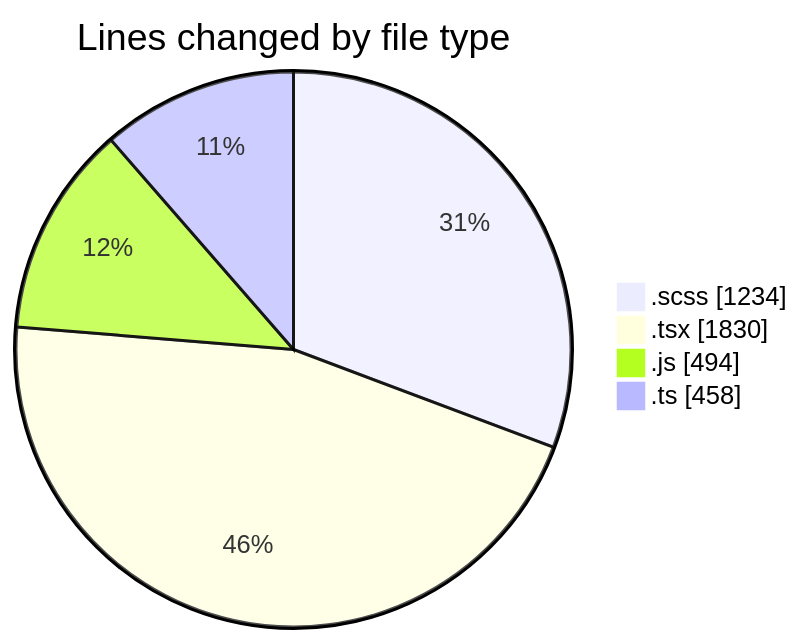
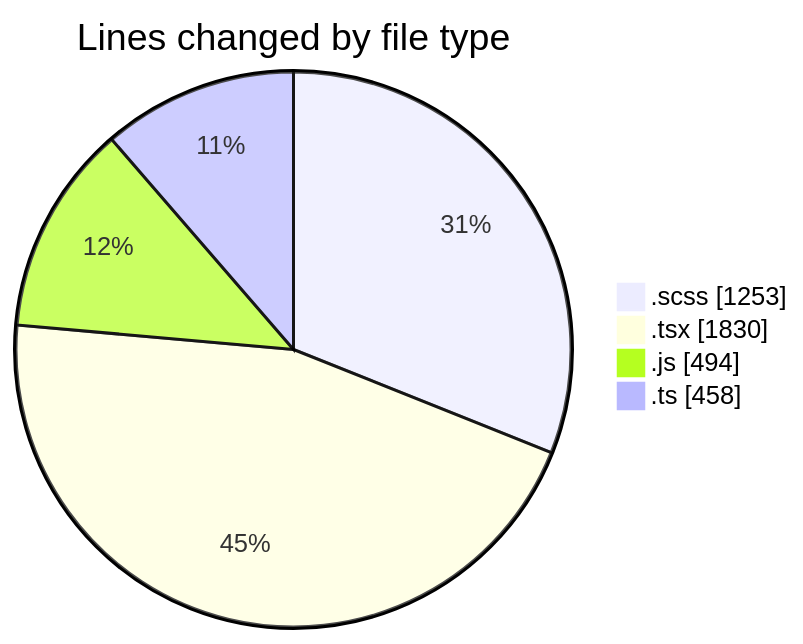
One commit to momahboobian/code-tracking changed the first of 2 diagrams in 2025-03-14/cda/README.md. Above: the diagram before and after it, drawn with Mermaid. The commit also changed other lines of this file and 1 other file, not shown here.

````diff
--- a/2025-03-14/cda/README.md
+++ b/2025-03-14/cda/README.md
@@ -41,8 +41,8 @@
 ```mermaid
 pie showData
 title Lines changed by file type
-".scss" : 1234
+".scss" : 1253
 ".tsx" : 1830
 ".js" : 494
 ".ts" : 458
 ```
````
